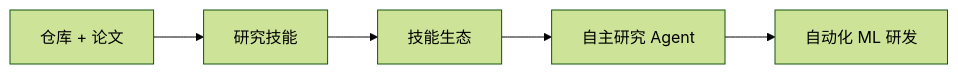
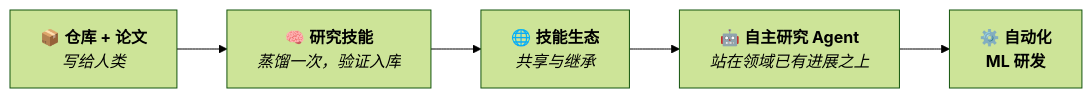
One commit to Lolo1222/AREX-Skill changed the fifth of 5 diagrams in README.zh-CN.md. Above: the diagram before and after it, drawn with Mermaid (forest theme). The commit also changed other lines of this file and 1 other file, not shown here.

First line of the commit message:
docs: first-screen value proposition, richer diagrams, unlink private report

````diff
--- a/README.zh-CN.md
+++ b/README.zh-CN.md
@@ -303,7 +313,7 @@
 ```mermaid
 flowchart LR
-    A["仓库 + 论文"] --> B["研究技能"]
-    B --> C["技能生态"]
-    C --> D["自主研究 Agent"]
-    D --> E["自动化 ML 研发"]
+    A["📦 <b>仓库 + 论文</b><br><i>写给人类</i>"] --> B["🧠 <b>研究技能</b><br><i>蒸馏一次，验证入库</i>"]
+    B --> C["🌐 <b>技能生态</b><br><i>共享与继承</i>"]
+    C --> D["🤖 <b>自主研究 Agent</b><br><i>站在领域已有进展之上</i>"]
+    D --> E["⚙️ <b>自动化<br>ML 研发</b>"]
 ```
````
